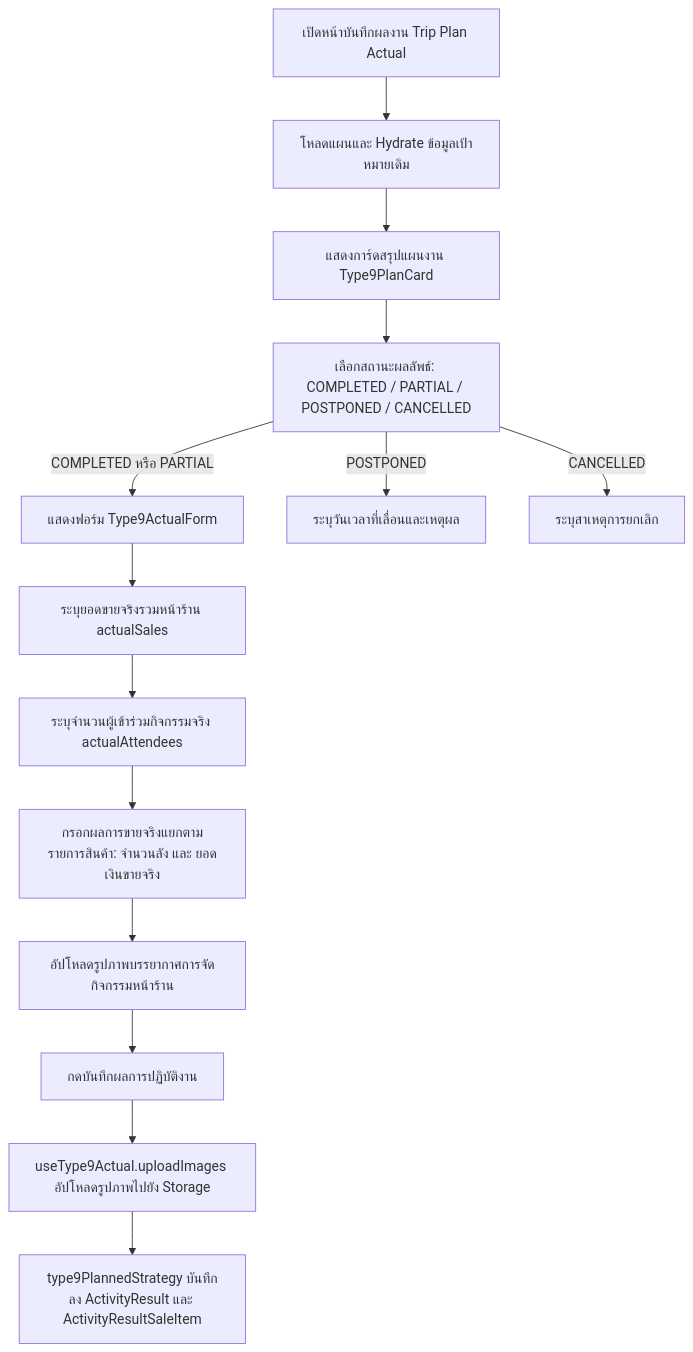
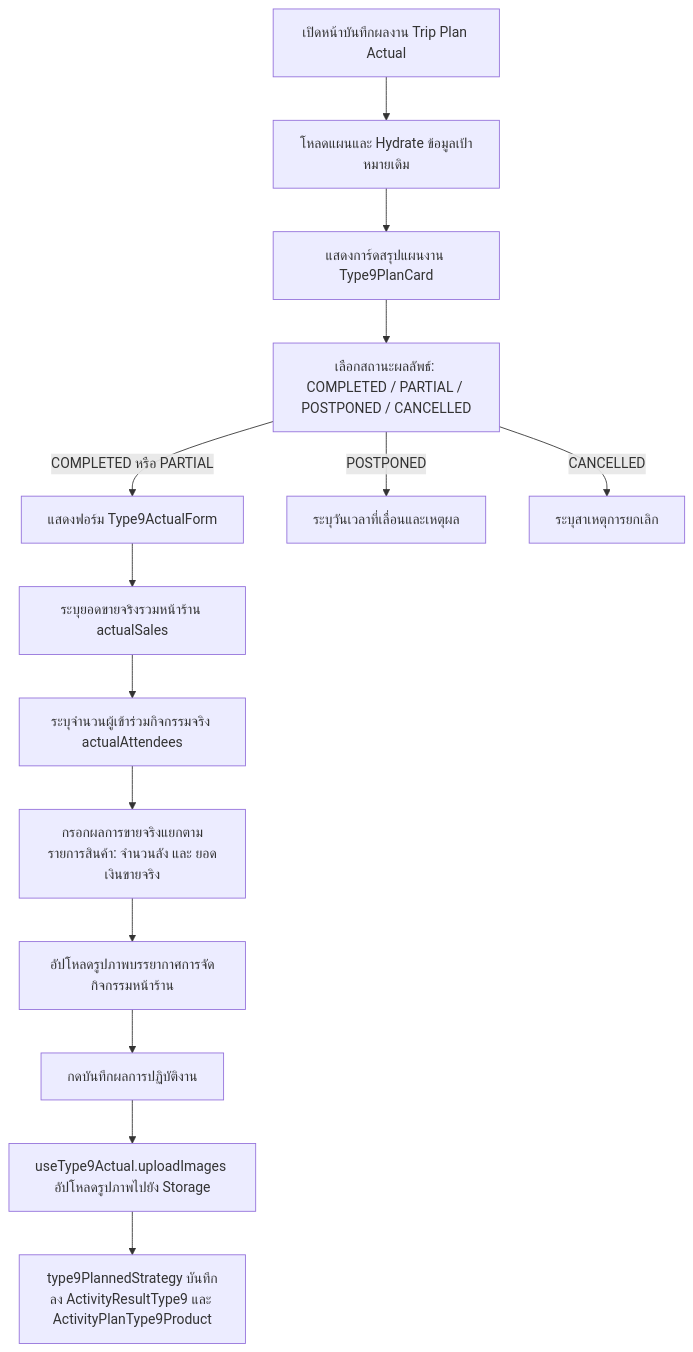
The second of 3 diagrams in modules/activity/features/type-9/README.md (bankhk10/crm-bank), drawn with Mermaid before and after one commit. The commit also changed other lines of this file and 28 other files, not shown here.

````diff
--- a/modules/activity/features/type-9/README.md
+++ b/modules/activity/features/type-9/README.md
@@ -62,16 +62,16 @@
 ```mermaid
 graph TD
     A[เปิดหน้าบันทึกผลงาน Trip Plan Actual] --> B[โหลดแผนและ Hydrate ข้อมูลเป้าหมายเดิม]
     B --> C[แสดงการ์ดสรุปแผนงาน Type9PlanCard]
     C --> D[เลือกสถานะผลลัพธ์: COMPLETED / PARTIAL / POSTPONED / CANCELLED]
     D -->|COMPLETED หรือ PARTIAL| E[แสดงฟอร์ม Type9ActualForm]
     E --> F[ระบุยอดขายจริงรวมหน้าร้าน actualSales]
     F --> G[ระบุจำนวนผู้เข้าร่วมกิจกรรมจริง actualAttendees]
     G --> H[กรอกผลการขายจริงแยกตามรายการสินค้า: จำนวนลัง และ ยอดเงินขายจริง]
     H --> I[อัปโหลดรูปภาพบรรยากาศการจัดกิจกรรมหน้าร้าน]
     I --> J[กดบันทึกผลการปฏิบัติงาน]
     J --> K[useType9Actual.uploadImages อัปโหลดรูปภาพไปยัง Storage]
-    K --> L[type9PlannedStrategy บันทึกลง ActivityResult และ ActivityResultSaleItem]
+    K --> L[type9PlannedStrategy บันทึกลง ActivityResultType9 และ ActivityPlanType9Product]
     D -->|POSTPONED| M[ระบุวันเวลาที่เลื่อนและเหตุผล]
     D -->|CANCELLED| N[ระบุสาเหตุการยกเลิก]
 ```
````
